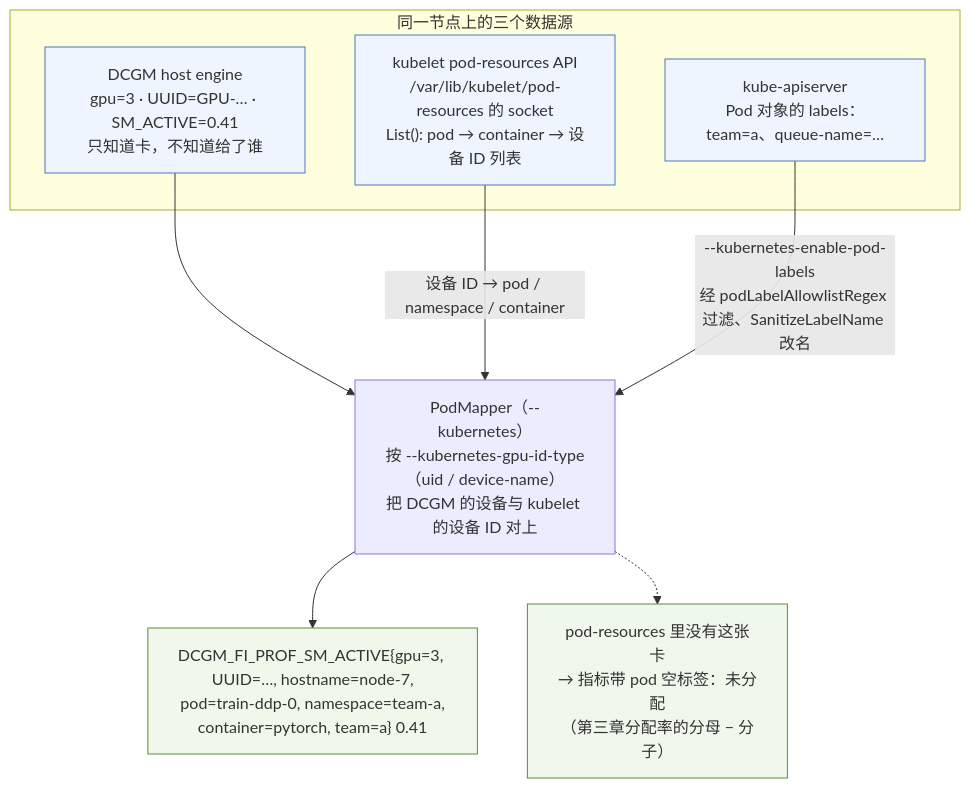
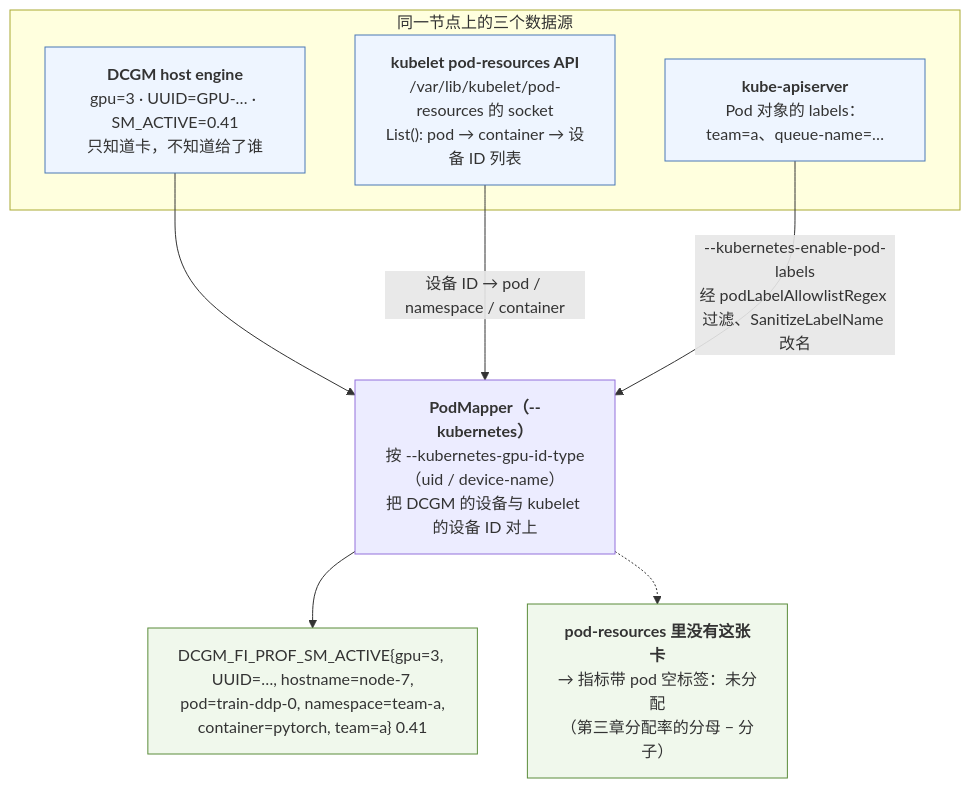
Before and after one commit to arganzheng/arganzheng.github.com: the second of 4 diagrams in _posts/2026-09-22-ai-platform-observability-cost-and-finops.md, drawn with Mermaid. The commit also changed other lines of this file and 8 other files, not shown here.

First line of the commit message:
AI 平台工程：资源层与交付层：Mermaid 多行方框的首行标为标题（9 篇）

````diff
--- a/_posts/2026-09-22-ai-platform-observability-cost-and-finops.md
+++ b/_posts/2026-09-22-ai-platform-observability-cost-and-finops.md
@@ -155,21 +155,21 @@
 ```mermaid
 %% 图：PodMapper 的三路 join：DCGM 的设备指标、kubelet pod-resources 的设备到 Pod 分配、API server 的 Pod label
 flowchart TB
     subgraph src["同一节点上的三个数据源"]
-        DCGM["DCGM host engine<br/>gpu=3 · UUID=GPU-… · SM_ACTIVE=0.41<br/>只知道卡，不知道给了谁"]
-        KUBELET["kubelet pod-resources API<br/>/var/lib/kubelet/pod-resources 的 socket<br/>List(): pod → container → 设备 ID 列表"]
-        API["kube-apiserver<br/>Pod 对象的 labels：team=a、queue-name=…"]
+        DCGM["<b>DCGM host engine</b><br/>gpu=3 · UUID=GPU-… · SM_ACTIVE=0.41<br/>只知道卡，不知道给了谁"]
+        KUBELET["<b>kubelet pod-resources API</b><br/>/var/lib/kubelet/pod-resources 的 socket<br/>List(): pod → container → 设备 ID 列表"]
+        API["<b>kube-apiserver</b><br/>Pod 对象的 labels：team=a、queue-name=…"]
     end
-    PM["PodMapper（--kubernetes）<br/>按 --kubernetes-gpu-id-type（uid / device-name）<br/>把 DCGM 的设备与 kubelet 的设备 ID 对上"]
+    PM["<b>PodMapper（--kubernetes）</b><br/>按 --kubernetes-gpu-id-type（uid / device-name）<br/>把 DCGM 的设备与 kubelet 的设备 ID 对上"]
     DCGM --> PM
     KUBELET -->|"设备 ID → pod / namespace / container"| PM
     API -->|"--kubernetes-enable-pod-labels<br/>经 podLabelAllowlistRegex 过滤、SanitizeLabelName 改名"| PM
     OUT["DCGM_FI_PROF_SM_ACTIVE#123;gpu=3, UUID=…, hostname=node-7,<br/>pod=train-ddp-0, namespace=team-a,<br/>container=pytorch, team=a#125; 0.41"]
-    NOPOD["pod-resources 里没有这张卡<br/>→ 指标带 pod 空标签：未分配<br/>（第三章分配率的分母 − 分子）"]
+    NOPOD["<b>pod-resources 里没有这张卡</b><br/>→ 指标带 pod 空标签：未分配<br/>（第三章分配率的分母 − 分子）"]
     PM --> OUT
     PM -.-> NOPOD
     classDef srcs fill:#eef5ff,stroke:#4a78b5;
     classDef outp fill:#f0f8ec,stroke:#5b8c3a;
     class DCGM,KUBELET,API srcs;
     class OUT,NOPOD outp;
 ```
````
